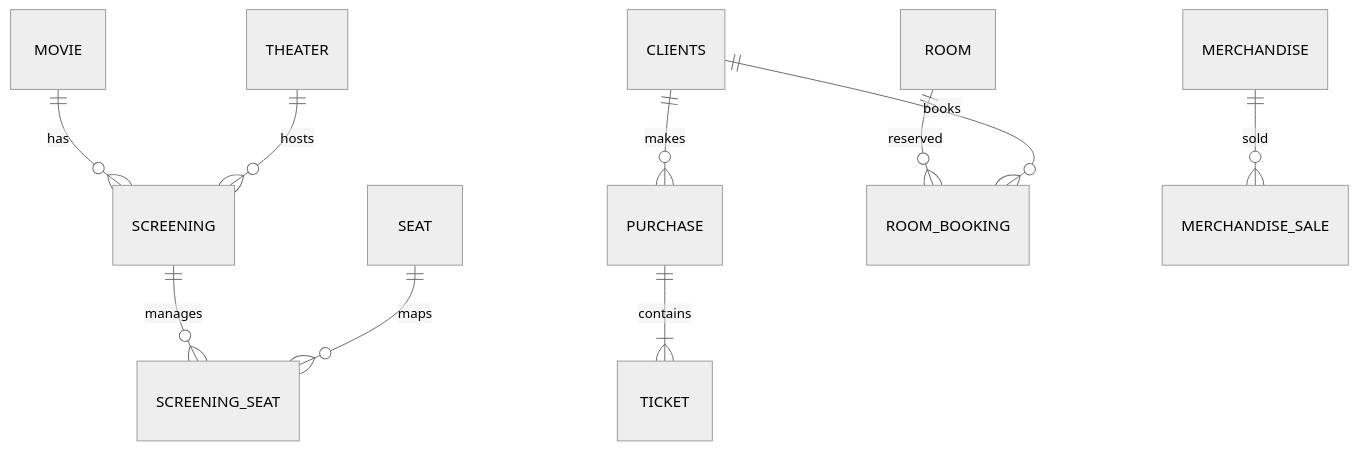
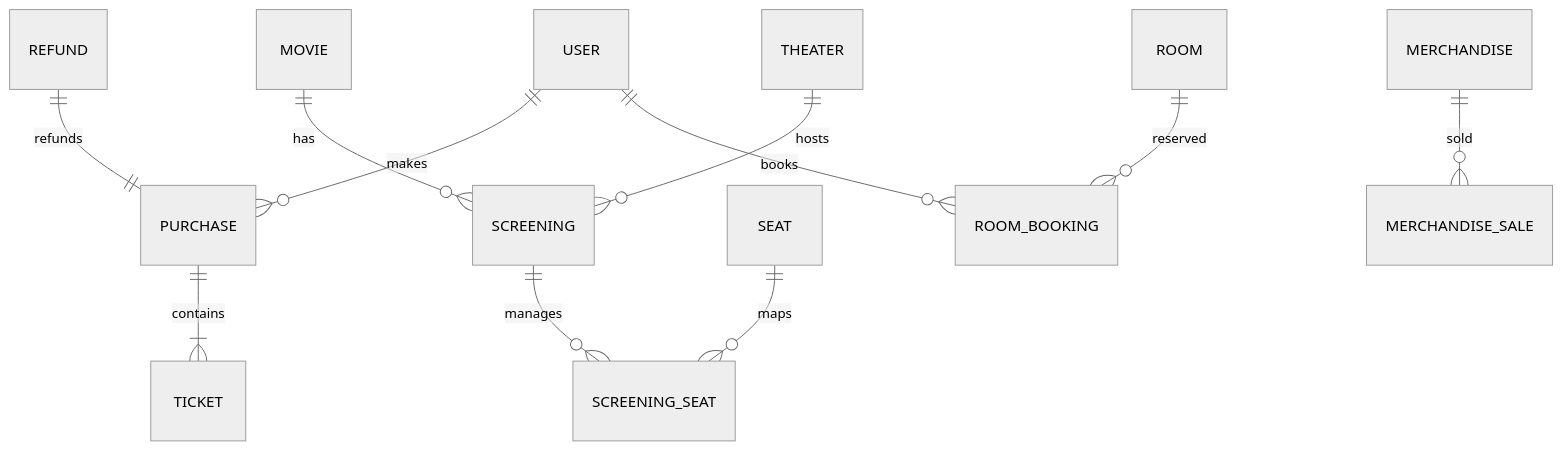
Before and after one commit to Projecto-Cine/BackendCine: the second of 3 diagrams in README.md, drawn with Mermaid (neutral theme). The commit also changed other lines of this file and 1 other file, not shown here.

````diff
--- a/README.md
+++ b/README.md
@@ -161,13 +160,14 @@
 ```mermaid
 erDiagram
 
-CLIENTS ||--o{ PURCHASE : makes
+USER ||--o{ PURCHASE : makes
 PURCHASE ||--|{ TICKET : contains
 MOVIE ||--o{ SCREENING : has
 THEATER ||--o{ SCREENING : hosts
 SCREENING ||--o{ SCREENING_SEAT : manages
 SEAT ||--o{ SCREENING_SEAT : maps
 ROOM ||--o{ ROOM_BOOKING : reserved
-CLIENTS ||--o{ ROOM_BOOKING : books
+USER ||--o{ ROOM_BOOKING : books
 MERCHANDISE ||--o{ MERCHANDISE_SALE : sold
+REFUND ||--|| PURCHASE : refunds
 ```
````
